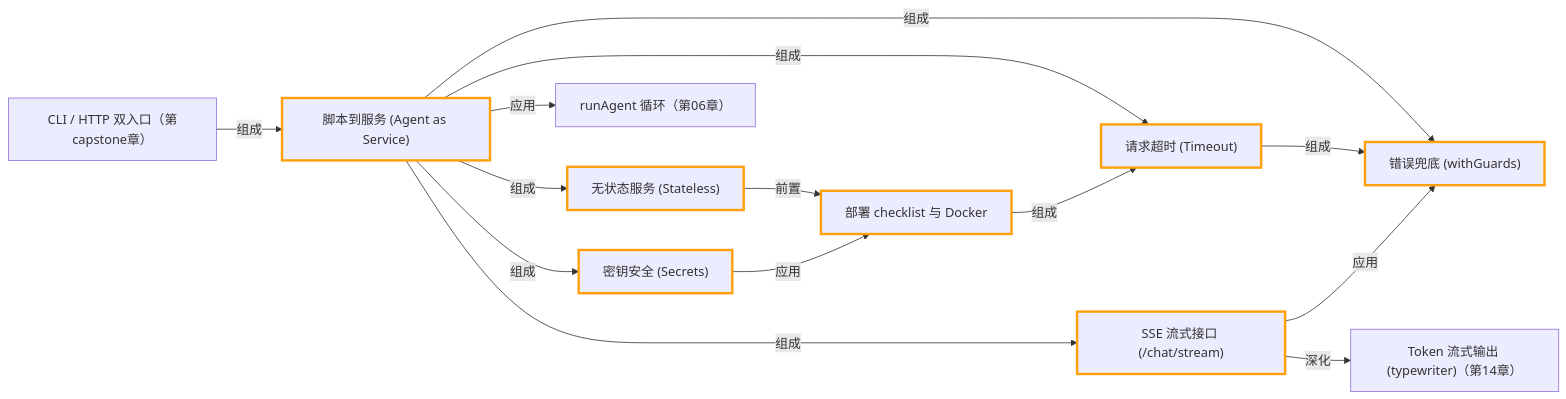
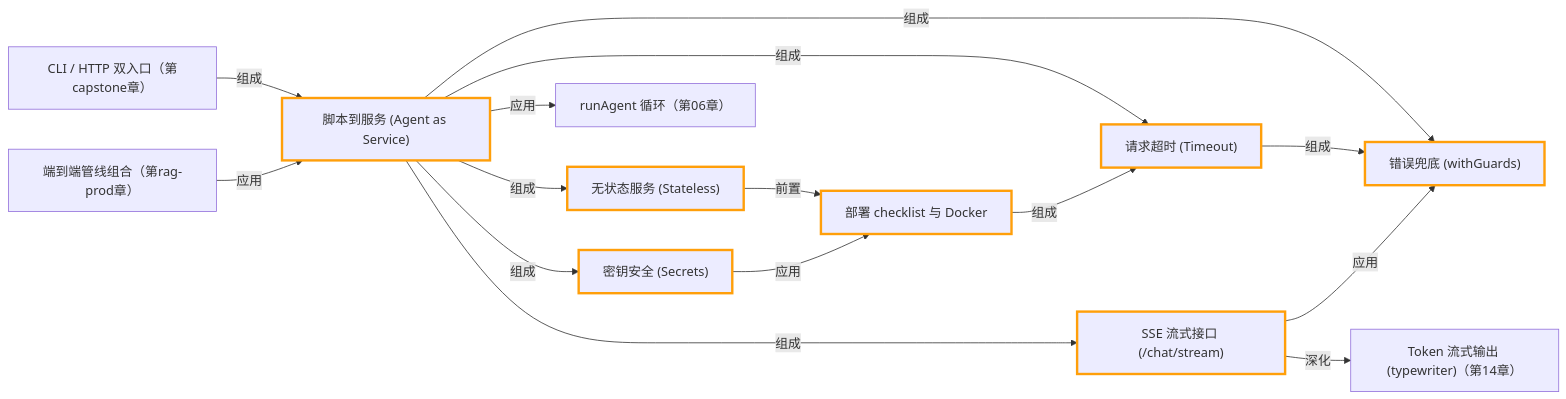
The second of 2 diagrams in lessons/18-deployment/README.md (songuu/agent), drawn with Mermaid before and after one commit. The commit also changed other lines of this file and 67 other files, not shown here.

````diff
--- a/lessons/18-deployment/README.md
+++ b/lessons/18-deployment/README.md
@@ -383,33 +384,35 @@
 ```mermaid
 graph LR
   n_c18_agent_as_service["脚本到服务 (Agent as Service)"]
   n_c18_stateless["无状态服务 (Stateless)"]
   n_c18_request_timeout["请求超时 (Timeout)"]
   n_c18_error_fallback["错误兜底 (withGuards)"]
   n_c18_secret_safety["密钥安全 (Secrets)"]
   n_c18_sse_streaming["SSE 流式接口 (/chat/stream)"]
   n_c18_deploy_checklist["部署 checklist 与 Docker"]
   n_c14_token_streaming["Token 流式输出 (typewriter)（第14章）"]
   n_c06_run_agent_loop["runAgent 循环（第06章）"]
   n_ccapstone_dual_entrypoint["CLI / HTTP 双入口（第capstone章）"]
+  n_cragprod_pipeline_compose["端到端管线组合（第rag-prod章）"]
   n_c18_agent_as_service -->|组成| n_c18_stateless
   n_c18_agent_as_service -->|组成| n_c18_request_timeout
   n_c18_agent_as_service -->|组成| n_c18_error_fallback
   n_c18_agent_as_service -->|组成| n_c18_secret_safety
   n_c18_agent_as_service -->|组成| n_c18_sse_streaming
   n_c18_stateless -->|前置| n_c18_deploy_checklist
   n_c18_request_timeout -->|组成| n_c18_error_fallback
   n_c18_sse_streaming -->|应用| n_c18_error_fallback
   n_c18_secret_safety -->|应用| n_c18_deploy_checklist
   n_c18_deploy_checklist -->|组成| n_c18_request_timeout
   n_c18_sse_streaming -->|深化| n_c14_token_streaming
   n_c18_agent_as_service -->|应用| n_c06_run_agent_loop
   n_ccapstone_dual_entrypoint -->|组成| n_c18_agent_as_service
+  n_cragprod_pipeline_compose -->|应用| n_c18_agent_as_service
   style n_c18_agent_as_service stroke:#ff9f0a,stroke-width:3px
   style n_c18_stateless stroke:#ff9f0a,stroke-width:3px
   style n_c18_request_timeout stroke:#ff9f0a,stroke-width:3px
   style n_c18_error_fallback stroke:#ff9f0a,stroke-width:3px
   style n_c18_secret_safety stroke:#ff9f0a,stroke-width:3px
   style n_c18_sse_streaming stroke:#ff9f0a,stroke-width:3px
   style n_c18_deploy_checklist stroke:#ff9f0a,stroke-width:3px
 ```
````
